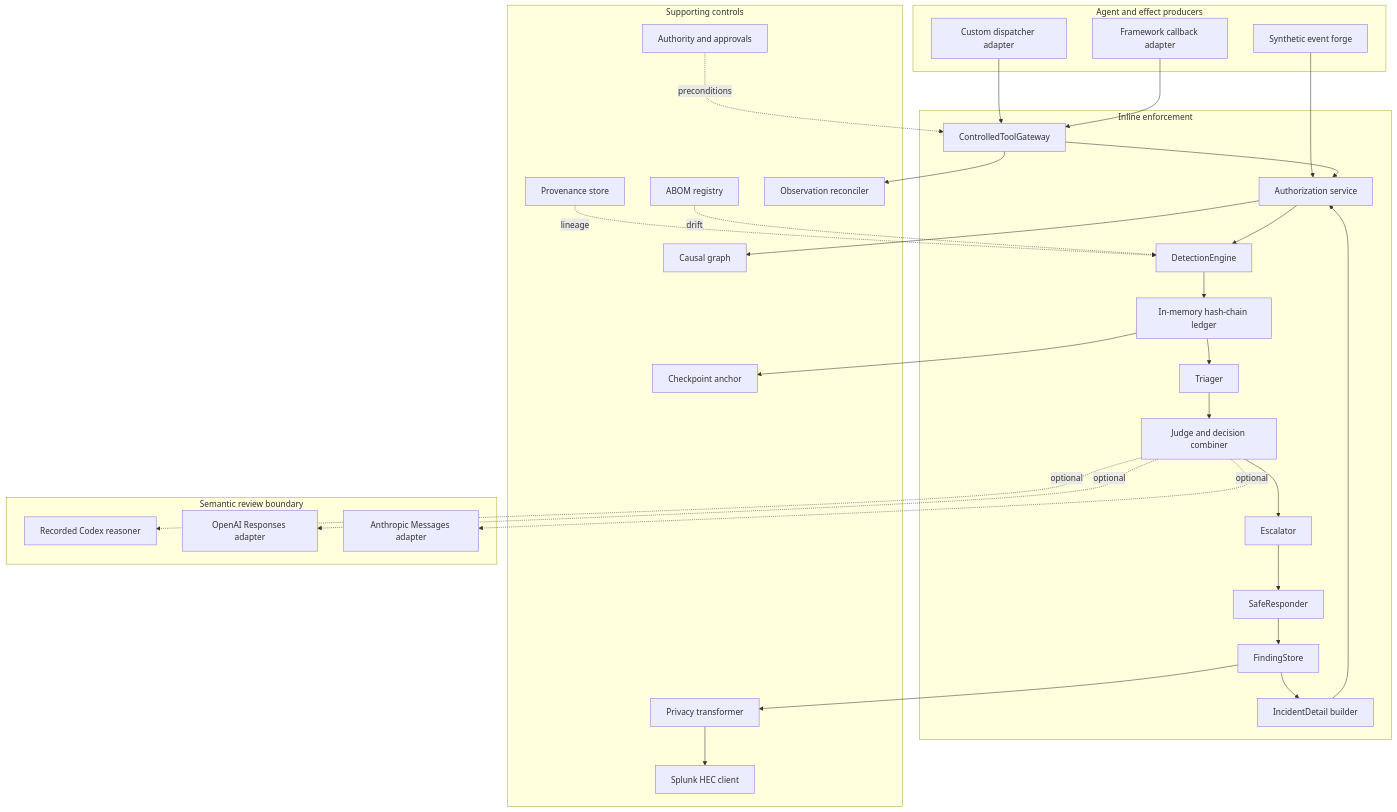
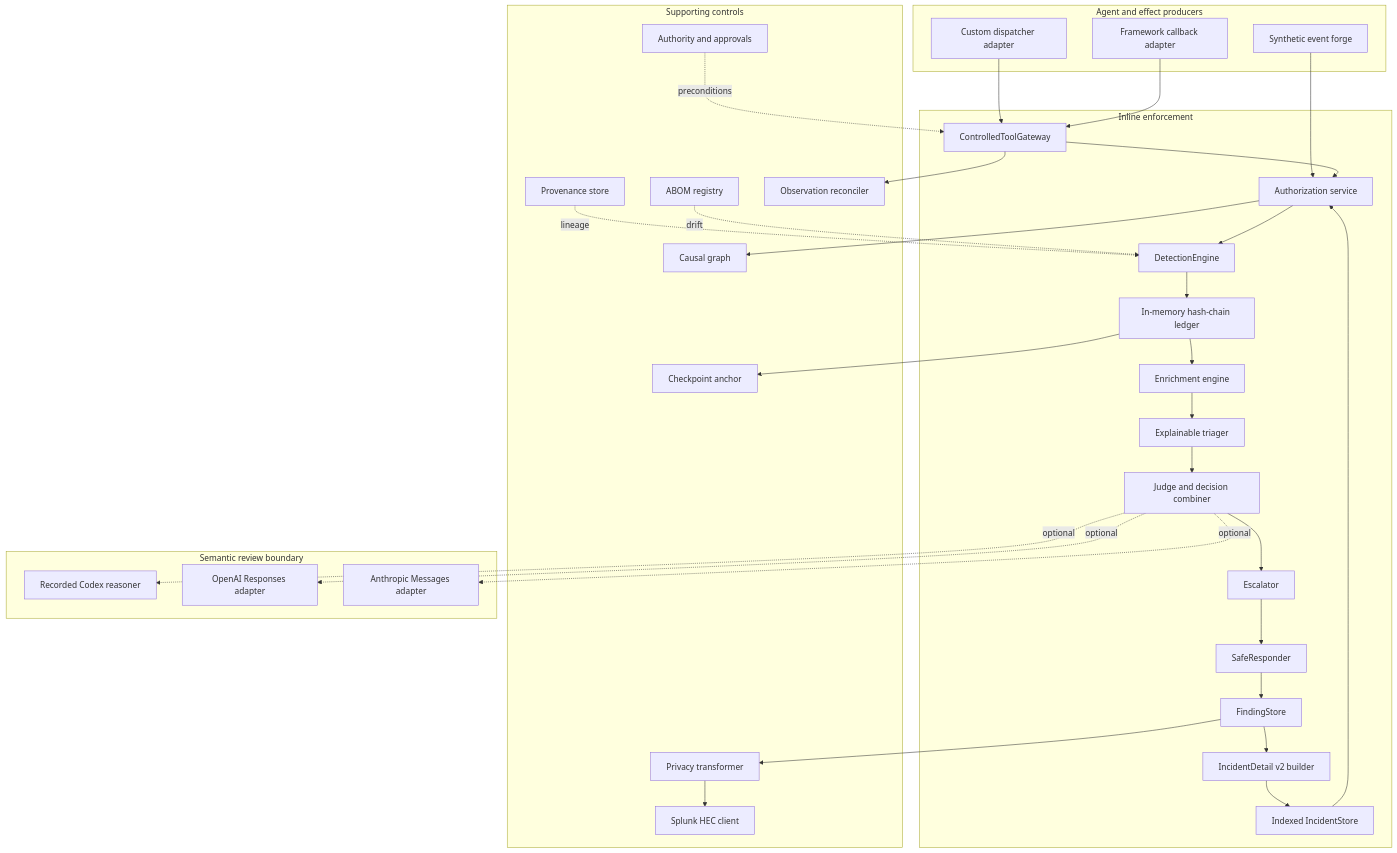
One commit to geminipolo1991-vampire/agentsec changed the second of 7 diagrams in docs/architecture.md. Above: the diagram before and after it, drawn with Mermaid. The commit also changed other lines of this file and 455 other files, not shown here.

````diff
--- a/docs/architecture.md
+++ b/docs/architecture.md
@@ -141,56 +142,58 @@
 ```mermaid
 flowchart TB
     subgraph Producers[Agent and effect producers]
       CA[Custom dispatcher adapter]
       FA[Framework callback adapter]
       FG[Synthetic event forge]
     end
 
     subgraph Enforcement[Inline enforcement]
       GW[ControlledToolGateway]
       API[Authorization service]
       DE[DetectionEngine]
       LE[In-memory hash-chain ledger]
-      TR[Triager]
+      EN[Enrichment engine]
+      TR[Explainable triager]
       JU[Judge and decision combiner]
       ES[Escalator]
       SR[SafeResponder]
       FS[FindingStore]
-      ID[IncidentDetail builder]
+      ID[IncidentDetail v2 builder]
+      IS[Indexed IncidentStore]
     end
 
     subgraph Supporting[Supporting controls]
       AU[Authority and approvals]
       PR[Provenance store]
       AB[ABOM registry]
       CG[Causal graph]
       CP[Checkpoint anchor]
       OR[Observation reconciler]
       PX[Privacy transformer]
       SP[Splunk HEC client]
     end
 
     subgraph Models[Semantic review boundary]
       CR[Recorded Codex reasoner]
       OA[OpenAI Responses adapter]
       AN[Anthropic Messages adapter]
     end
 
     CA --> GW
     FA --> GW
     FG --> API
     GW --> API
-    API --> DE --> LE --> TR --> JU --> ES --> SR
-    SR --> FS --> ID
+    API --> DE --> LE --> EN --> TR --> JU --> ES --> SR
+    SR --> FS --> ID --> IS
     JU -. optional .-> CR
     JU -. optional .-> OA
     JU -. optional .-> AN
     FS --> PX --> SP
     AU -. preconditions .-> GW
     PR -. lineage .-> DE
     AB -. drift .-> DE
-    ID --> API
+    IS --> API
     LE --> CP
     API --> CG
     GW --> OR
 ```
````
